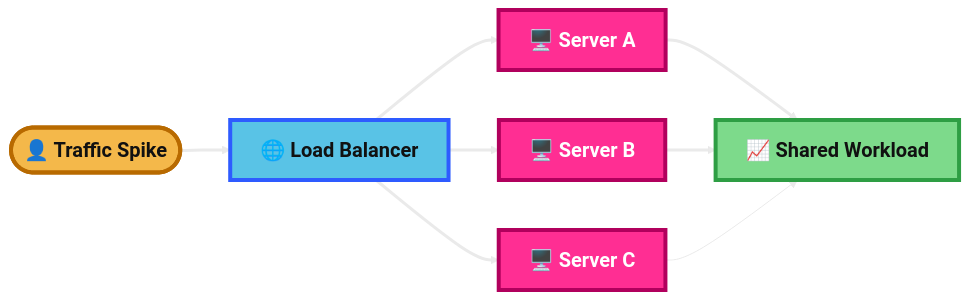
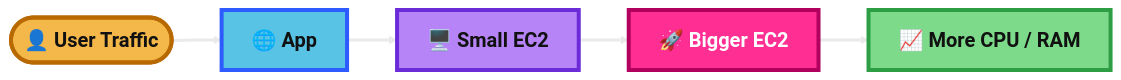
One commit to hsabit01/aws-sa-exam-mcq-flashcards changed the third of 15 diagrams in notes/5.Scalability and Availability.md. Above: the diagram before and after it, drawn with Mermaid. The commit also changed other lines of this file, not shown here.

````diff
--- a/notes/5.Scalability and Availability.md
+++ b/notes/5.Scalability and Availability.md
@@ -98,25 +100,23 @@
 ```mermaid
 %%{init: {'theme':'base','themeVariables': {
   'background':'#0B0F19',
   'primaryTextColor':'#111111',
   'secondaryTextColor':'#111111',
   'tertiaryTextColor':'#111111',
   'lineColor':'#EAEAEA',
   'fontSize':'20px'
 }}}%%
 flowchart LR
-    U([👤 Traffic Spike]):::user --> LB[🌐 Load Balancer]:::app
-    LB --> G1[🖥️ Server A]:::core
-    LB --> G2[🖥️ Server B]:::core
-    LB --> G3[🖥️ Server C]:::core
-    G1 --> O[📈 Shared Workload]:::dash
-    G2 --> O
-    G3 --> O
+    U([👤 User Traffic]):::user --> A[🌐 App]:::app
+    A --> S1[🖥️ Small EC2]:::data
+    S1 --> S2[🚀 Bigger EC2]:::core
+    S2 --> V[📈 More CPU / RAM]:::dash
 
     classDef user fill:#F4B84A,stroke:#B86A00,stroke-width:4px,color:#111111,font-weight:bold;
     classDef app fill:#59C3E6,stroke:#2E5BFF,stroke-width:4px,color:#111111,font-weight:bold;
+    classDef data fill:#B784F7,stroke:#6C2BD9,stroke-width:4px,color:#111111,font-weight:bold;
     classDef core fill:#FF2E93,stroke:#B1005D,stroke-width:4px,color:#FFFFFF,font-weight:bold;
     classDef dash fill:#7DDA8B,stroke:#2E9E44,stroke-width:4px,color:#111111,font-weight:bold;
 
-    linkStyle 0,1,2,3,4,5 stroke:#EAEAEA,stroke-width:3px;
+    linkStyle 0,1,2,3 stroke:#EAEAEA,stroke-width:3px;
 ```
````
